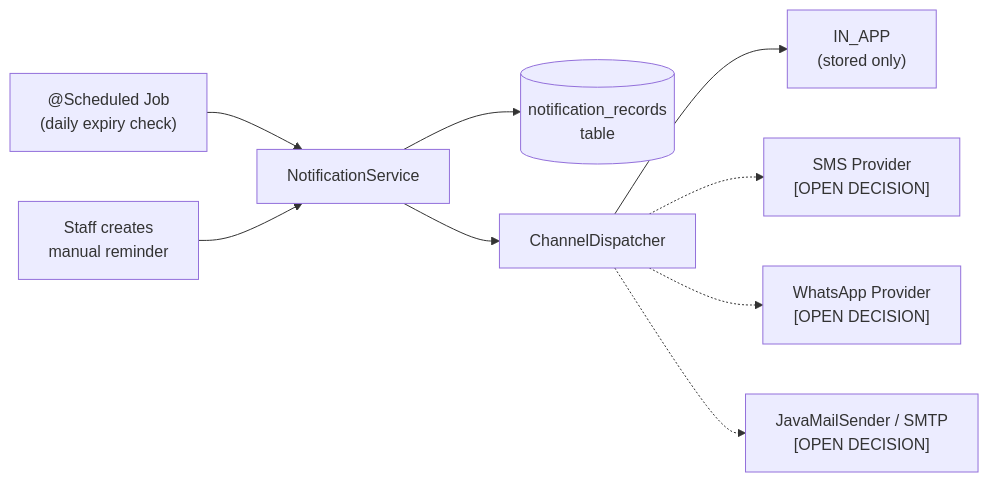
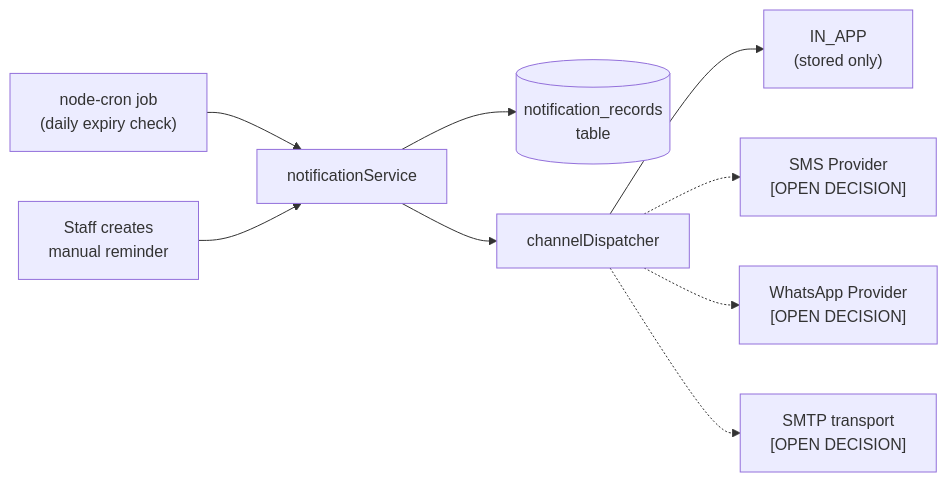
One commit to sidpd51/gym-app changed the fifth of 5 diagrams in backend/docs/02-system-architecture.md. Above: the diagram before and after it, drawn with Mermaid. The commit also changed other lines of this file and 5 other files, not shown here.

Commit message:
Migrate backend architecture documentation from Java to Node.js/Fastify

````diff
--- a/backend/docs/02-system-architecture.md
+++ b/backend/docs/02-system-architecture.md
@@ -297,11 +312,11 @@
 ```mermaid
 flowchart LR
-    Job["@Scheduled Job\n(daily expiry check)"] --> NS["NotificationService"]
+    Job["node-cron job\n(daily expiry check)"] --> NS["notificationService"]
     UserAction["Staff creates\nmanual reminder"] --> NS
     NS --> DB[("notification_records\ntable")]
-    NS --> Dispatcher["ChannelDispatcher"]
+    NS --> Dispatcher["channelDispatcher"]
     Dispatcher --> InApp["IN_APP\n(stored only)"]
     Dispatcher -.-> SMS["SMS Provider\n[OPEN DECISION]"]
     Dispatcher -.-> WA["WhatsApp Provider\n[OPEN DECISION]"]
-    Dispatcher -.-> Email["JavaMailSender / SMTP\n[OPEN DECISION]"]
+    Dispatcher -.-> Email["SMTP transport\n[OPEN DECISION]"]
 ```
````
